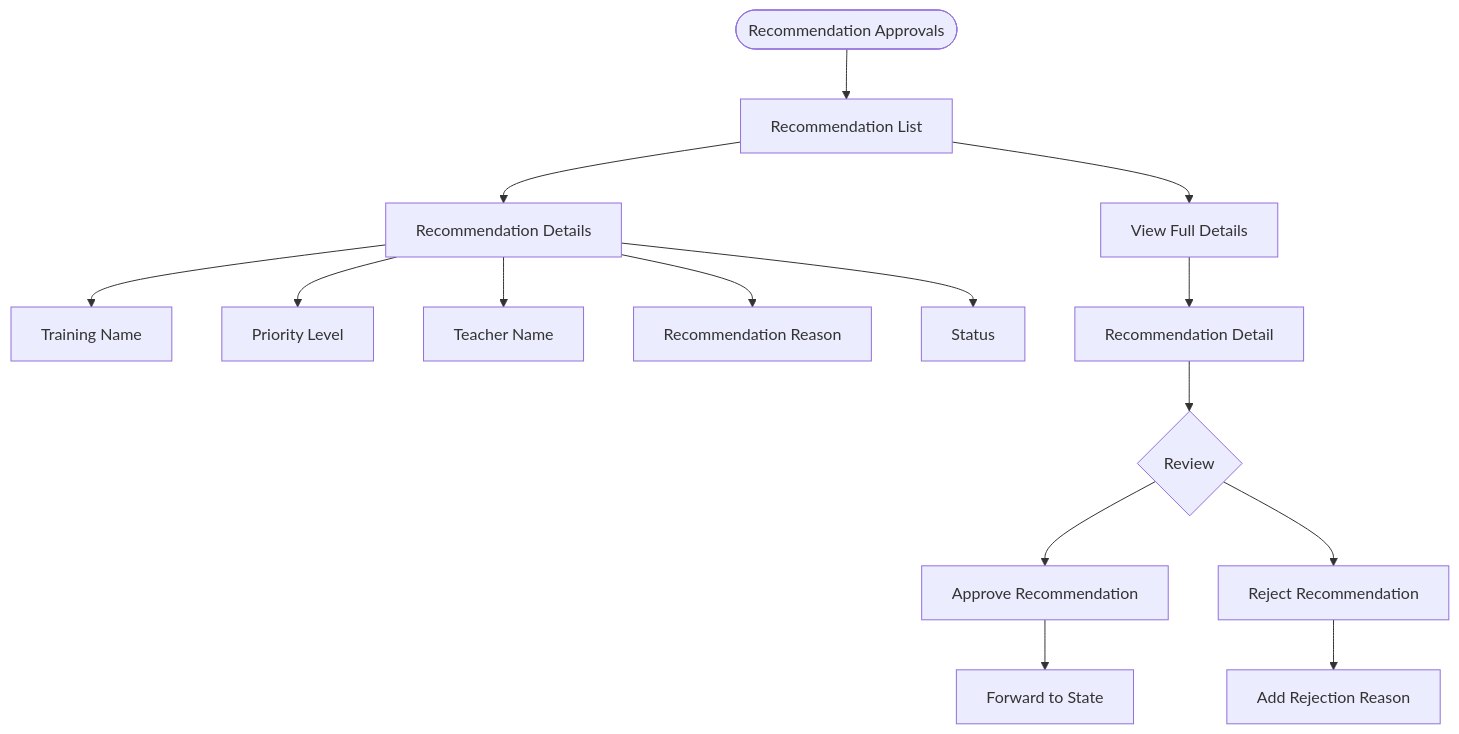
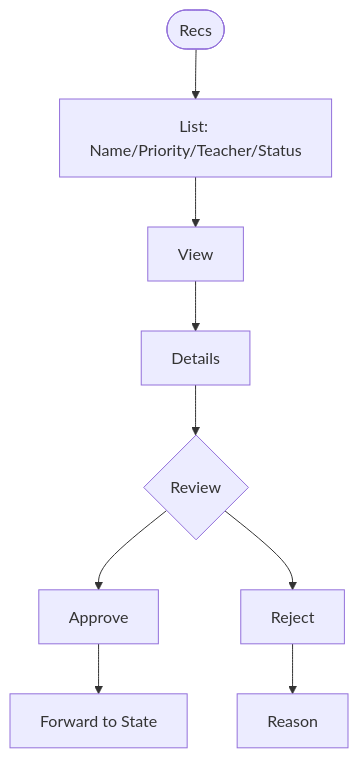
Before and after one commit to gunjangupta-gh/placeintern: diagram 14 of 49 in TRAINING_CALENDAR_FLOW_DIAGRAMS.md, drawn with Mermaid. The commit also changed other lines of this file and 6 other files, not shown here.

````diff
--- a/TRAINING_CALENDAR_FLOW_DIAGRAMS.md
+++ b/TRAINING_CALENDAR_FLOW_DIAGRAMS.md
@@ -535,21 +221,7 @@
 ```mermaid
 flowchart TD
-    RECOMMEND([Recommendation Approvals]) --> LIST[Recommendation List]
-
-    LIST --> REC_DETAILS[Recommendation Details]
-    REC_DETAILS --> TRAINING_NAME[Training Name]
-    REC_DETAILS --> PRIORITY[Priority Level]
-    REC_DETAILS --> TEACHER_NAME[Teacher Name]
-    REC_DETAILS --> REASON[Recommendation Reason]
-    REC_DETAILS --> STATUS[Status]
-
-    LIST --> VIEW[View Full Details]
-    VIEW --> DETAIL_PAGE[Recommendation Detail]
-
-    DETAIL_PAGE --> REVIEW{Review}
-    REVIEW --> APPROVE[Approve Recommendation]
-    REVIEW --> REJECT[Reject Recommendation]
-
-    APPROVE --> FORWARD[Forward to State]
-    REJECT --> ADD_REASON[Add Rejection Reason]
+    A([Recs])-->B[List: Name/Priority/Teacher/Status]
+    B-->C[View]-->D[Details]-->E{Review}
+    E-->F[Approve]-->G[Forward to State]
+    E-->H[Reject]-->I[Reason]
 ```
````
